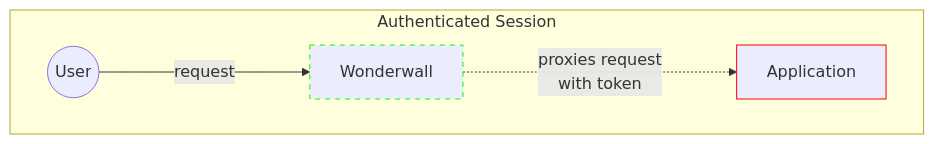
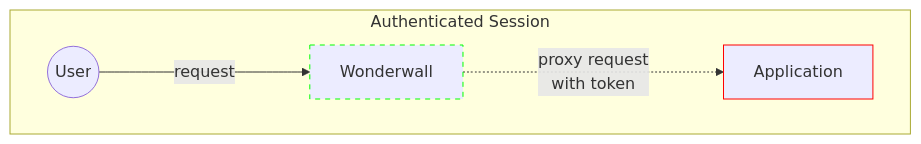
Before and after one commit to nais/doc: the fourth of 4 diagrams in docs/addons/wonderwall.md, drawn with Mermaid. The commit also changed other lines of this file and 5 other files, not shown here.

````diff
--- a/docs/addons/wonderwall.md
+++ b/docs/addons/wonderwall.md
@@ -68,11 +68,11 @@
 ```mermaid
 graph LR
   style Wonderwall stroke:#0f0,stroke-dasharray: 5
   style Application stroke:#f00
 
   subgraph Session["Authenticated Session"]
     direction LR
     U((User)) -- "request" ---> Wonderwall
-    Wonderwall -. "proxies request\n with token" -..-> Application
+    Wonderwall -. "proxy request\n with token" -..-> Application
   end
 ```
````
